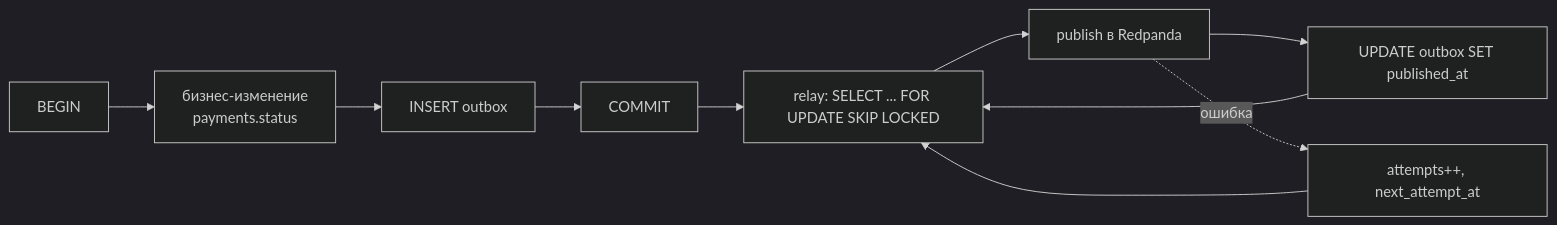
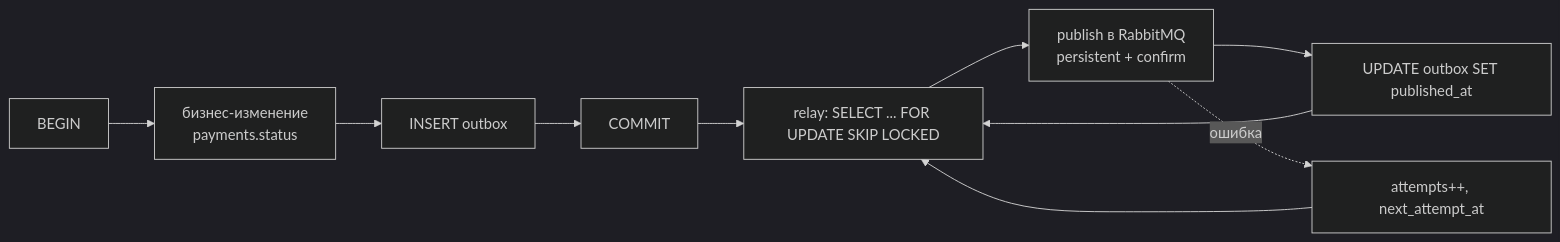
One commit to MCtop4ik/PaymentTransactions changed the sixth of 9 diagrams in README.md. Above: the diagram before and after it, drawn with Mermaid (dark theme). The commit also changed other lines of this file, not shown here.

````diff
--- a/README.md
+++ b/README.md
@@ -406,12 +405,12 @@
 ```mermaid
 flowchart LR
     tx["BEGIN"] --> b["бизнес-изменение<br/>payments.status"]
     b --> o["INSERT outbox"]
     o --> c["COMMIT"]
     c --> r["relay: SELECT ... FOR UPDATE SKIP LOCKED"]
-    r --> k["publish в Redpanda"]
+    r --> k["publish в RabbitMQ<br/>persistent + confirm"]
     k --> u["UPDATE outbox SET published_at"]
     u --> r
     k -.->|"ошибка"| f["attempts++, next_attempt_at"]
     f --> r
 ```
````
